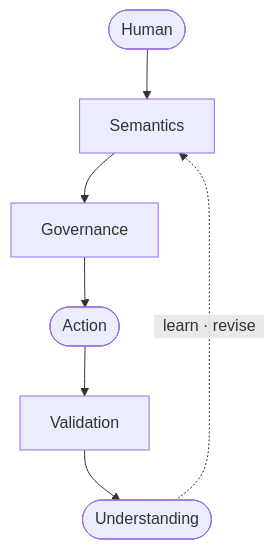
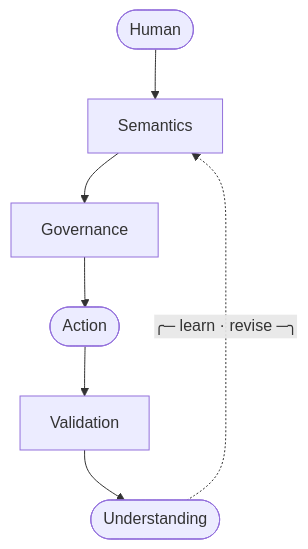
Before and after one commit to zachshallbetter/zachshallbetter: the diagram in README.md, drawn with Mermaid.

Commit message:
Give feedback loop label a visible container

````diff
--- a/README.md
+++ b/README.md
@@ -19,9 +19,9 @@
 ```mermaid
 flowchart TB
     H(["Human"]) --> M["Semantics"]
     M --> G["Governance"]
     G --> A(["Action"])
     A --> V["Validation"]
     V --> U(["Understanding"])
-    U -. "&nbsp;&nbsp;learn · revise&nbsp;&nbsp;" .-> M
+    U -. "╭─ learn · revise ─╮" .-> M
 ```
````
